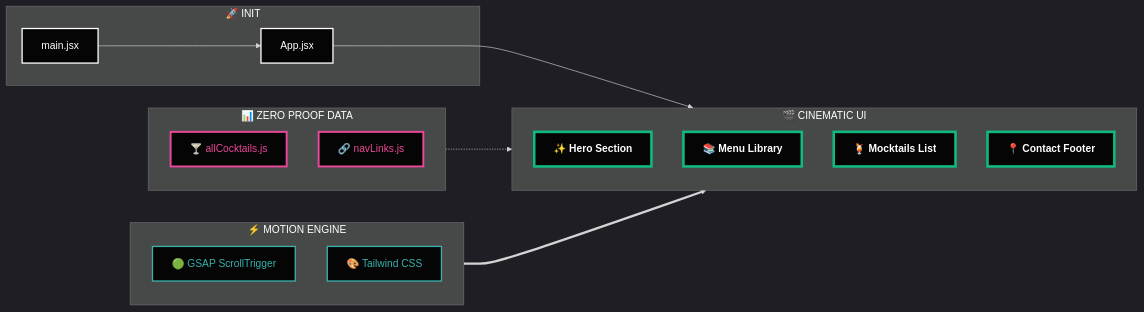
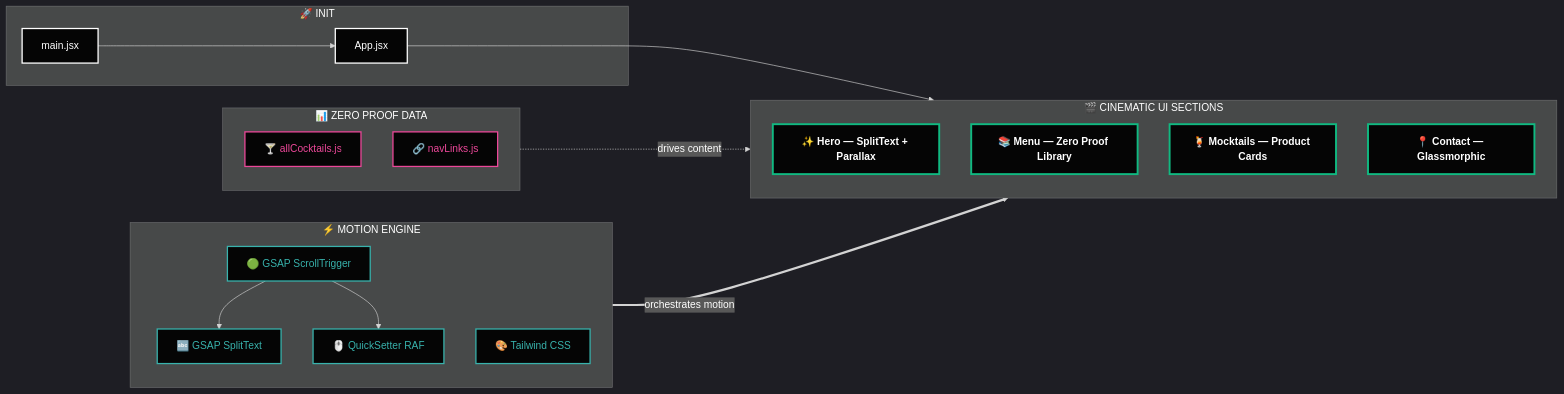
The diagram in README.md (salonyranjan/Mocktail), drawn with Mermaid before and after one commit. The commit also changed other lines of this file, not shown here.

````diff
--- a/README.md
+++ b/README.md
@@ -372,39 +420,43 @@
 ```mermaid
 %%{init: {'theme': 'dark', 'themeVariables': { 'fontSize': '16px', 'primaryColor': '#10b981'}}}%%
 
 graph LR
     subgraph Root ["🚀 INIT"]
         Main[main.jsx] --> App[App.jsx]
     end
 
     subgraph Engine ["⚡ MOTION ENGINE"]
         GSAP[🟢 GSAP ScrollTrigger]
+        SplitText[🔤 GSAP SplitText]
+        QS[🖱️ QuickSetter RAF]
         Tailwind[🎨 Tailwind CSS]
     end
 
     subgraph Data ["📊 ZERO PROOF DATA"]
         Cocktails[🍸 allCocktails.js]
         Nav[🔗 navLinks.js]
     end
 
-    subgraph UI ["🎬 CINEMATIC UI"]
-        Hero[✨ Hero Section]
-        Menu[📚 Menu Library]
-        Mocktails[🍹 Mocktails List]
-        Contact[📍 Contact Footer]
+    subgraph UI ["🎬 CINEMATIC UI SECTIONS"]
+        Hero[✨ Hero — SplitText + Parallax]
+        Menu[📚 Menu — Zero Proof Library]
+        Mocktails[🍹 Mocktails — Product Cards]
+        Contact[📍 Contact — Glassmorphic]
     end
 
     App --> UI
-    Data -.-> UI
-    Engine ==> UI
+    Data -.->|drives content| UI
+    Engine ==>|orchestrates motion| UI
+    GSAP --> SplitText
+    GSAP --> QS
 
     classDef root fill:#050505,stroke:#fff,stroke-width:2px,color:#fff;
-    classDef section fill:#050505,stroke:#10b981,stroke-width:4px,color:#fff,font-weight:bold;
-    classDef data fill:#050505,stroke:#ec4899,stroke-width:3px,color:#ec4899;
+    classDef section fill:#050505,stroke:#10b981,stroke-width:3px,color:#fff,font-weight:bold;
+    classDef data fill:#050505,stroke:#ec4899,stroke-width:2px,color:#ec4899;
     classDef engine fill:#050505,stroke:#38b2ac,stroke-width:2px,color:#38b2ac;
 
     class Main,App root;
     class Hero,Menu,Mocktails,Contact section;
     class Cocktails,Nav data;
-    class GSAP,Tailwind engine;
+    class GSAP,SplitText,QS,Tailwind engine;
 ```
````
